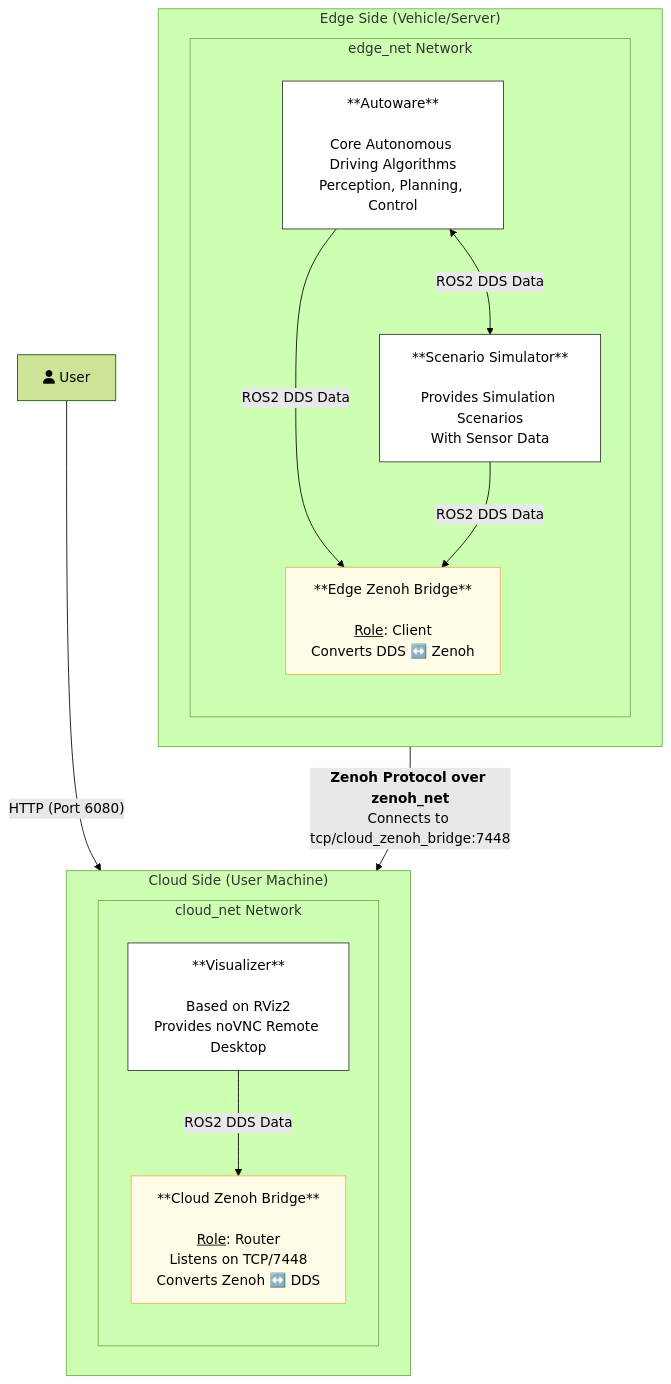
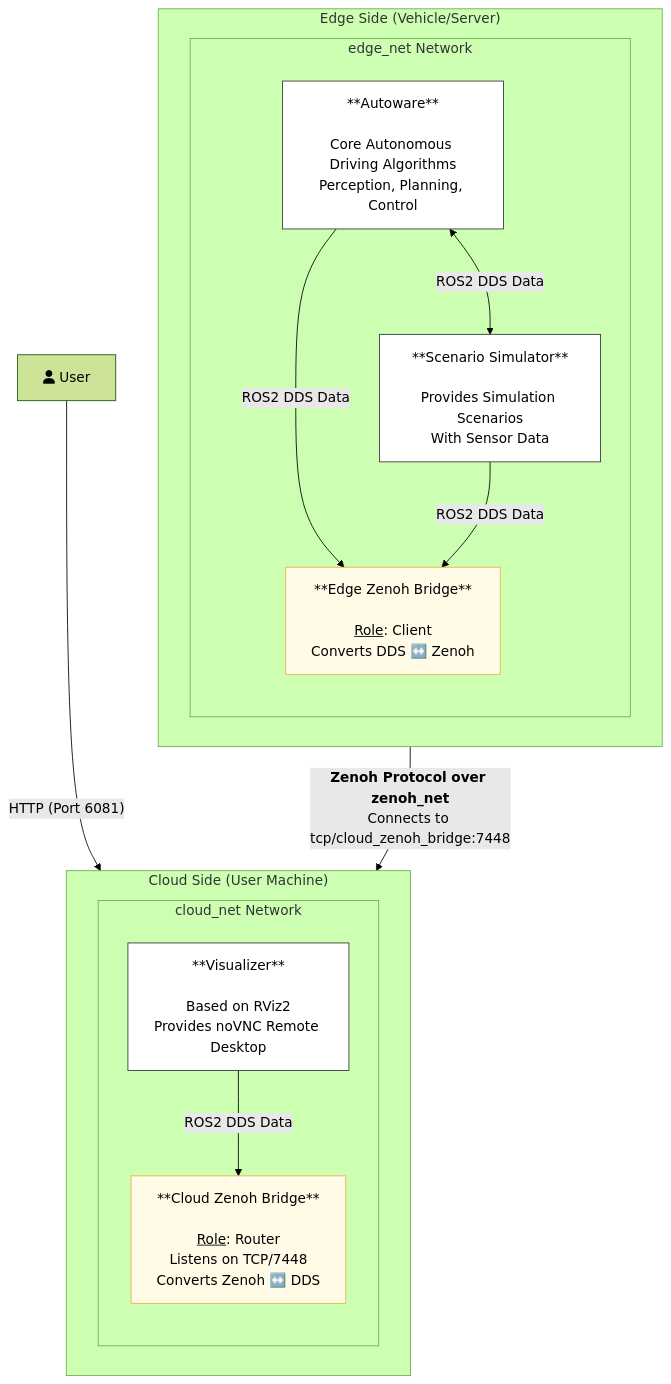
The diagram in docs/deployments/demos/zenoh-bridge/index.md (autowarefoundation/openadkit), drawn with Mermaid (forest theme) before and after one commit. The commit also changed other lines of this file and 3 other files, not shown here.

````diff
--- a/docs/deployments/demos/zenoh-bridge/index.md
+++ b/docs/deployments/demos/zenoh-bridge/index.md
@@ -39,52 +39,52 @@
 ```mermaid
 graph TD
     %% --- Style Definitions ---
     classDef machine fill:#f9f9f9,stroke:#333,stroke-width:2px,stroke-dasharray:5 5
     classDef network fill:#e6f3ff,stroke:#0066cc,stroke-width:1.5px
     classDef component fill:#ffffff,stroke:#333
     classDef bridge fill:#fffbe6,stroke:#f0ad4e
     classDef invisible stroke:none,fill:none
 
     %% === Cloud Side ===
     subgraph CloudSide["Cloud Side (User Machine)"]
         direction LR
         class CloudSide machine
 
         subgraph CloudNet[cloud_net Network]
             direction TB
             class CloudNet network
             
             visualizer["**Visualizer**<br><br>Based on RViz2<br>Provides noVNC Remote Desktop"]
             cloud_bridge["**Cloud Zenoh Bridge**<br><br><u>Role</u>: Router<br>Listens on TCP/7448<br>Converts Zenoh ↔️ DDS"]
             class visualizer component
             class cloud_bridge bridge
             
             visualizer -->|"ROS2 DDS Data"| cloud_bridge
         end
     end
 
     %% === Edge Side ===
     subgraph EdgeSide["Edge Side (Vehicle/Server)"]
         direction LR
         class EdgeSide machine
 
         subgraph EdgeNet[edge_net Network]
             direction TB
             class EdgeNet network
 
             autoware["**Autoware**<br><br>Core Autonomous Driving Algorithms<br>Perception, Planning, Control"]
             scenario_simulator["**Scenario Simulator**<br><br>Provides Simulation Scenarios<br>With Sensor Data"]
             edge_bridge["**Edge Zenoh Bridge**<br><br><u>Role</u>: Client<br>Converts DDS ↔️ Zenoh"]
             class autoware,scenario_simulator component
             class edge_bridge bridge
 
             autoware <-->|"ROS2 DDS Data"| scenario_simulator
             autoware -->|"ROS2 DDS Data"| edge_bridge
             scenario_simulator -->|"ROS2 DDS Data"| edge_bridge
         end
     end
 
     %% === External & Cross-Network Connections ===
-    user[fa:fa-user User] -->|"HTTP (Port 6080)"| visualizer
+    user[fa:fa-user User] -->|"HTTP (Port 6081)"| visualizer
     edge_bridge -->|"<b>Zenoh Protocol over zenoh_net</b><br>Connects to tcp/cloud_zenoh_bridge:7448"| cloud_bridge
 ```
````
